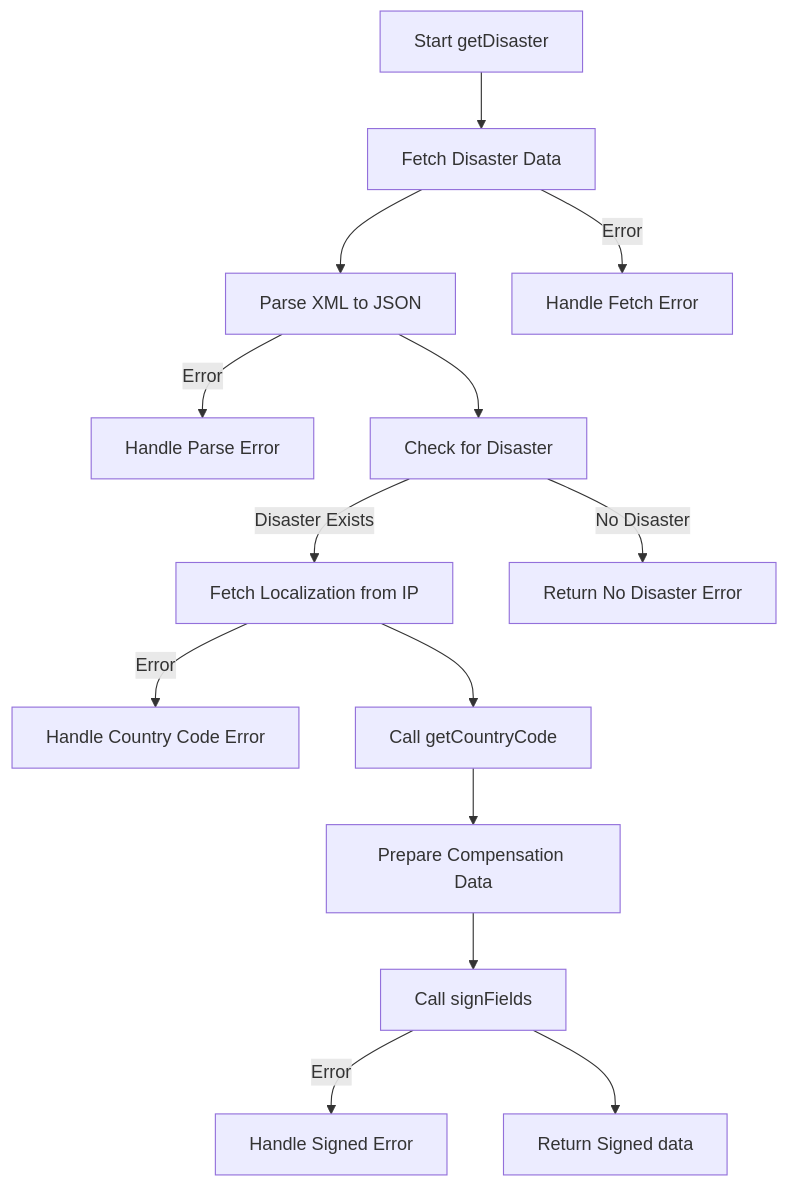
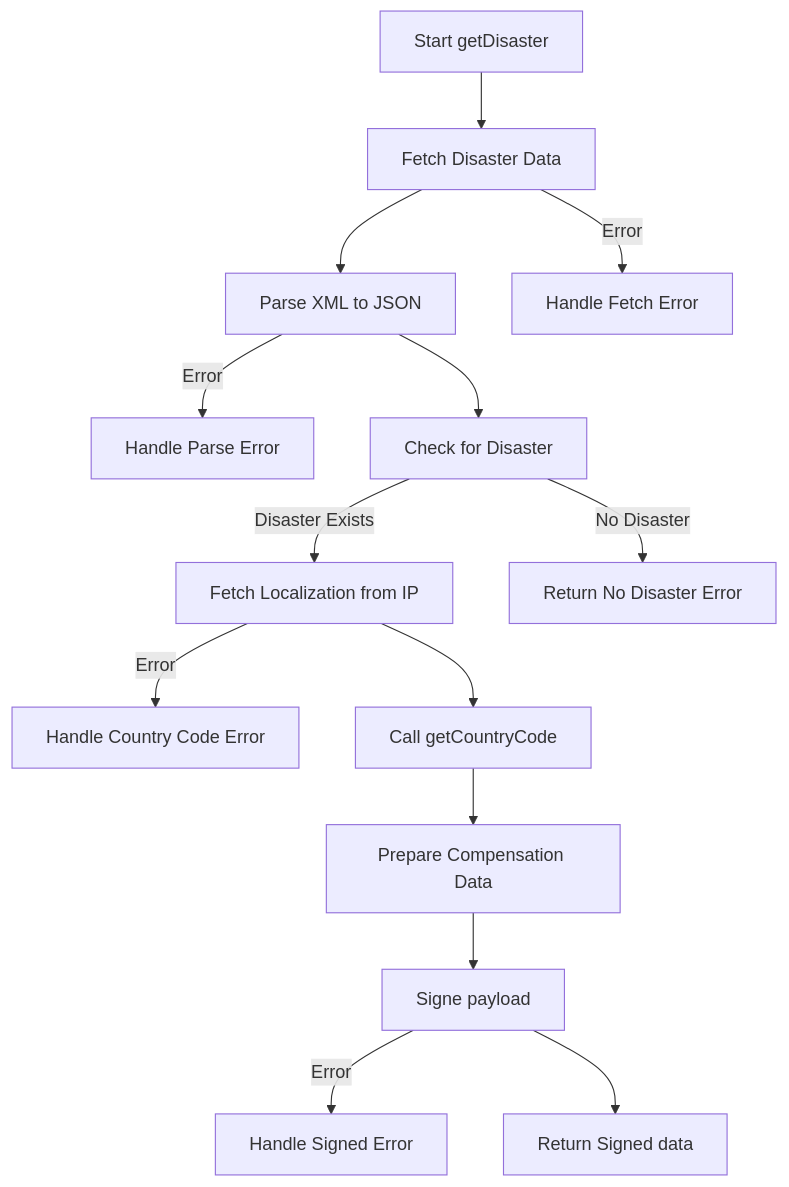
Before and after one commit to zguesmi/PRENDICO: the second of 3 diagrams in README.md, drawn with Mermaid. The commit also changed other lines of this file, not shown here.

Commit message:
signe payload

````diff
--- a/README.md
+++ b/README.md
@@ -107,17 +107,17 @@
 ```mermaid
 graph TD
     A[Start getDisaster] --> B[Fetch Disaster Data]
     B --> C[Parse XML to JSON]
     C -->|Error| Y[Handle Parse Error]
     C --> D[Check for Disaster]
     D -->|Disaster Exists| F[Fetch Localization from IP]
     D -->|No Disaster| G[Return No Disaster Error]
     F -->|Error| X[Handle Country Code Error]
     F --> E[Call getCountryCode]
     E --> H[Prepare Compensation Data]
-    H --> I[Call signFields]
+    H --> I[Signe payload]
     I -->|Error| W[Handle Signed Error]
     I --> J[Return Signed data]
     B -->|Error| Z[Handle Fetch Error]
 
 ```
````
